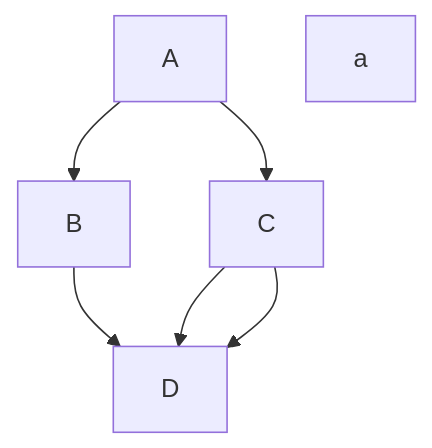
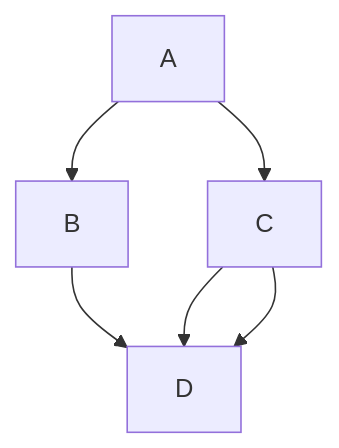
One commit to zzaizzai/markdown-document changed the first of 4 diagrams in mermaid-graph.md. Above: the diagram before and after it, drawn with Mermaid. The commit also changed other lines of this file and 14 other files, not shown here.

````diff
--- a/mermaid-graph.md
+++ b/mermaid-graph.md
@@ -1,8 +1,9 @@
 ```mermaid
 graph TD;
     A-->B;
     A-->C;
-    B-->D;a
+    B-->D;
     C-->D;
     C-->D;
+    
 ```
````
